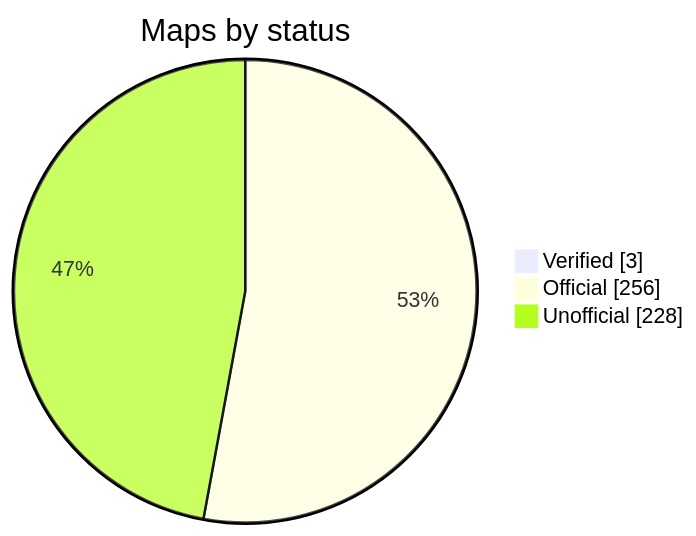
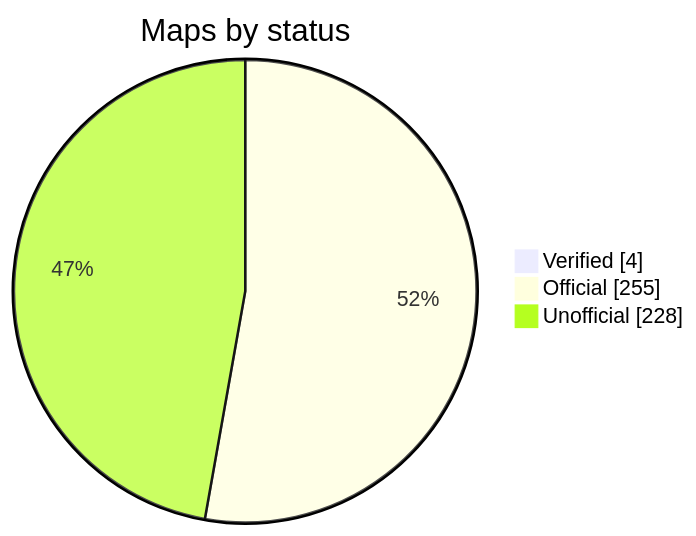
The diagram in README.md (nobrega8/mbmap-library), drawn with Mermaid before and after one commit.

Commit message:
Update the status chart for the verified DCRG8 map

````diff
--- a/README.md
+++ b/README.md
@@ -48,7 +48,7 @@
 ```mermaid
 pie showData
     title Maps by status
-    "Verified" : 3
-    "Official" : 256
+    "Verified" : 4
+    "Official" : 255
     "Unofficial" : 228
 ```
````
